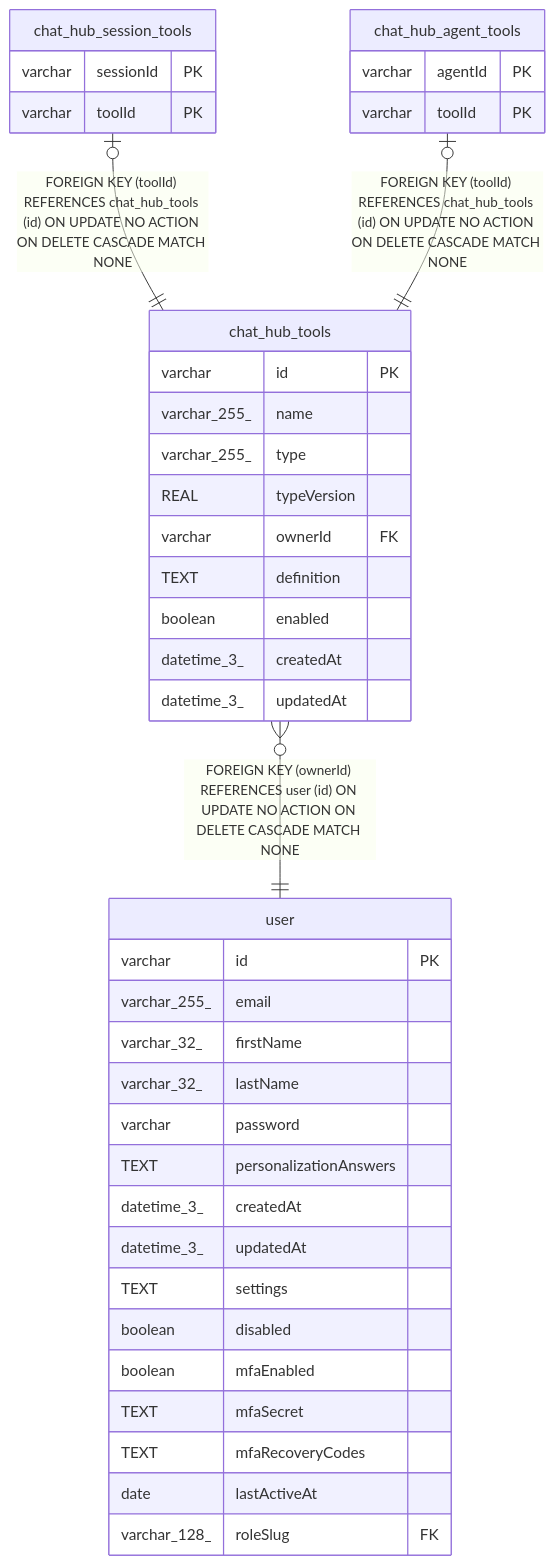
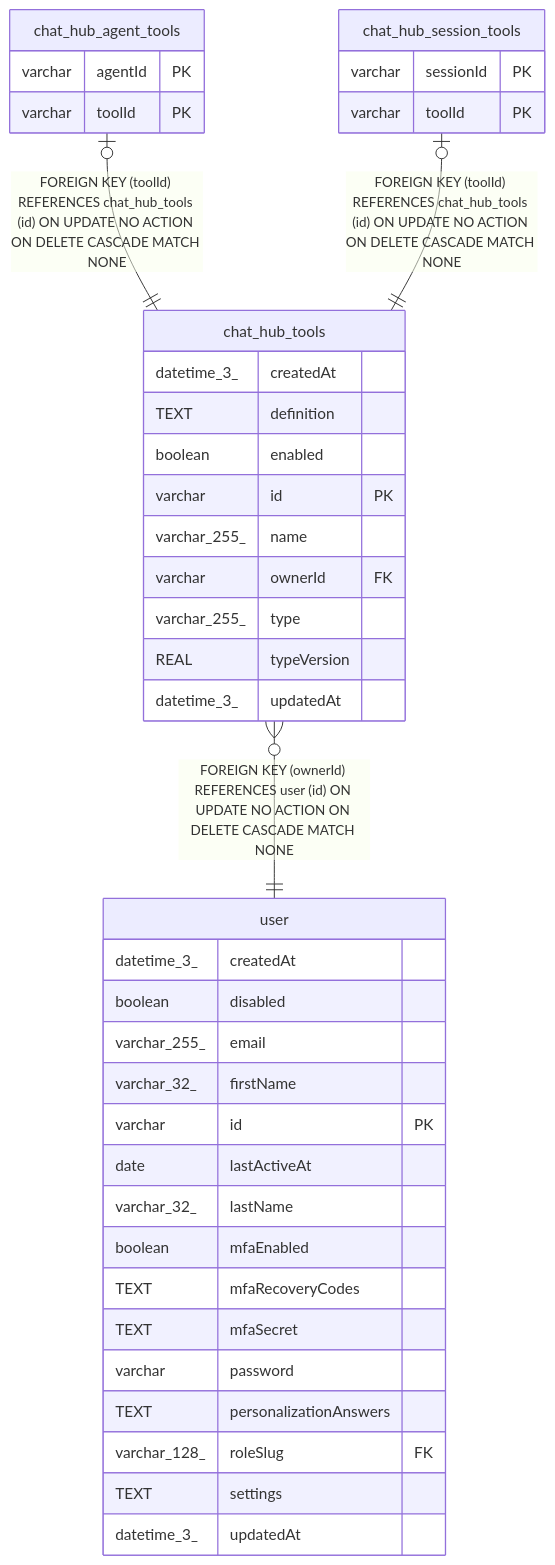
The diagram in docs/generated/sqlite-schema/chat_hub_tools.md (mayankjain1815-commits/n8n), drawn with Mermaid before and after one commit. The commit also changed other lines of this file and 221 other files, not shown here.

Commit message:
chore(core): Make DB schema docs generation deterministic (#32373)

````diff
--- a/docs/generated/sqlite-schema/chat_hub_tools.md
+++ b/docs/generated/sqlite-schema/chat_hub_tools.md
@@ -45,44 +45,44 @@
 ```mermaid
 erDiagram
 
+"chat_hub_agent_tools" |o--|| "chat_hub_tools" : "FOREIGN KEY (toolId) REFERENCES chat_hub_tools (id) ON UPDATE NO ACTION ON DELETE CASCADE MATCH NONE"
 "chat_hub_session_tools" |o--|| "chat_hub_tools" : "FOREIGN KEY (toolId) REFERENCES chat_hub_tools (id) ON UPDATE NO ACTION ON DELETE CASCADE MATCH NONE"
-"chat_hub_agent_tools" |o--|| "chat_hub_tools" : "FOREIGN KEY (toolId) REFERENCES chat_hub_tools (id) ON UPDATE NO ACTION ON DELETE CASCADE MATCH NONE"
 "chat_hub_tools" }o--|| "user" : "FOREIGN KEY (ownerId) REFERENCES user (id) ON UPDATE NO ACTION ON DELETE CASCADE MATCH NONE"
 
 "chat_hub_tools" {
+  datetime_3_ createdAt
+  TEXT definition
+  boolean enabled
   varchar id PK
   varchar_255_ name
+  varchar ownerId FK
   varchar_255_ type
   REAL typeVersion
-  varchar ownerId FK
-  TEXT definition
-  boolean enabled
-  datetime_3_ createdAt
   datetime_3_ updatedAt
+}
+"chat_hub_agent_tools" {
+  varchar agentId PK
+  varchar toolId PK
 }
 "chat_hub_session_tools" {
   varchar sessionId PK
   varchar toolId PK
 }
-"chat_hub_agent_tools" {
-  varchar agentId PK
-  varchar toolId PK
-}
 "user" {
-  varchar id PK
+  datetime_3_ createdAt
+  boolean disabled
   varchar_255_ email
   varchar_32_ firstName
+  varchar id PK
+  date lastActiveAt
   varchar_32_ lastName
+  boolean mfaEnabled
+  TEXT mfaRecoveryCodes
+  TEXT mfaSecret
   varchar password
   TEXT personalizationAnswers
-  datetime_3_ createdAt
+  varchar_128_ roleSlug FK
+  TEXT settings
   datetime_3_ updatedAt
-  TEXT settings
-  boolean disabled
-  boolean mfaEnabled
-  TEXT mfaSecret
-  TEXT mfaRecoveryCodes
-  date lastActiveAt
-  varchar_128_ roleSlug FK
 }
 ```
````
